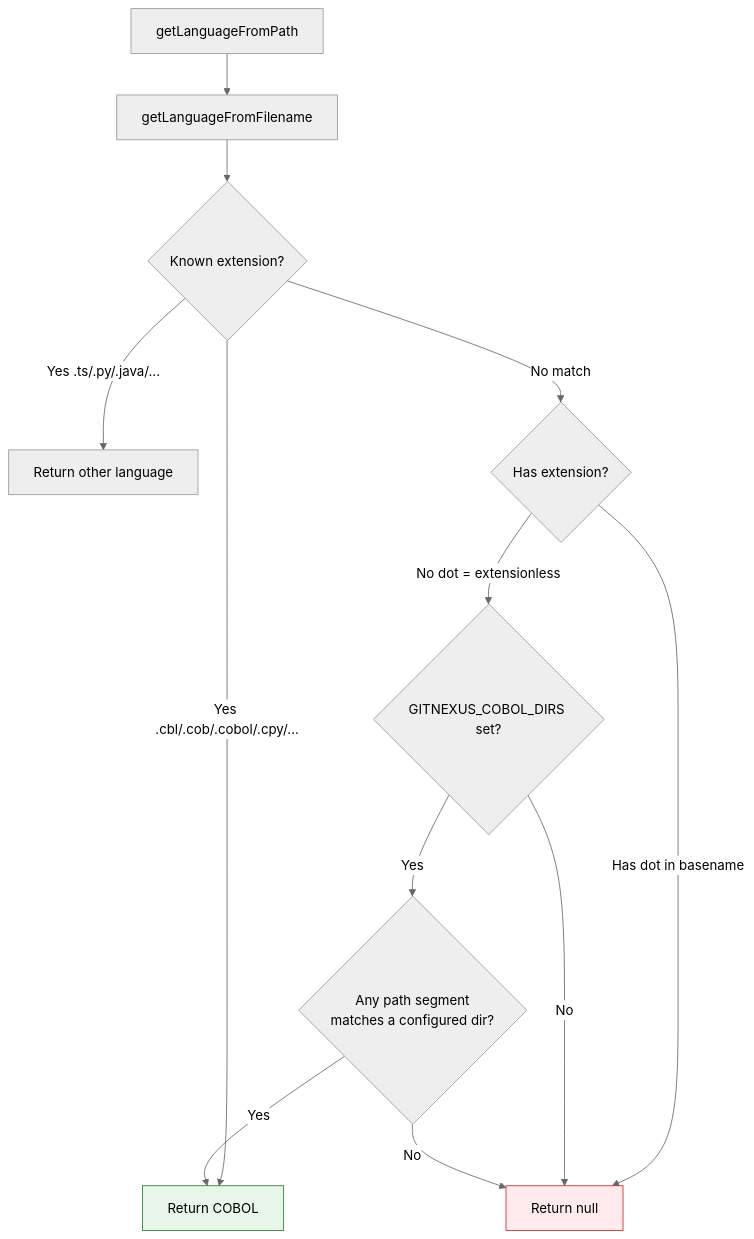
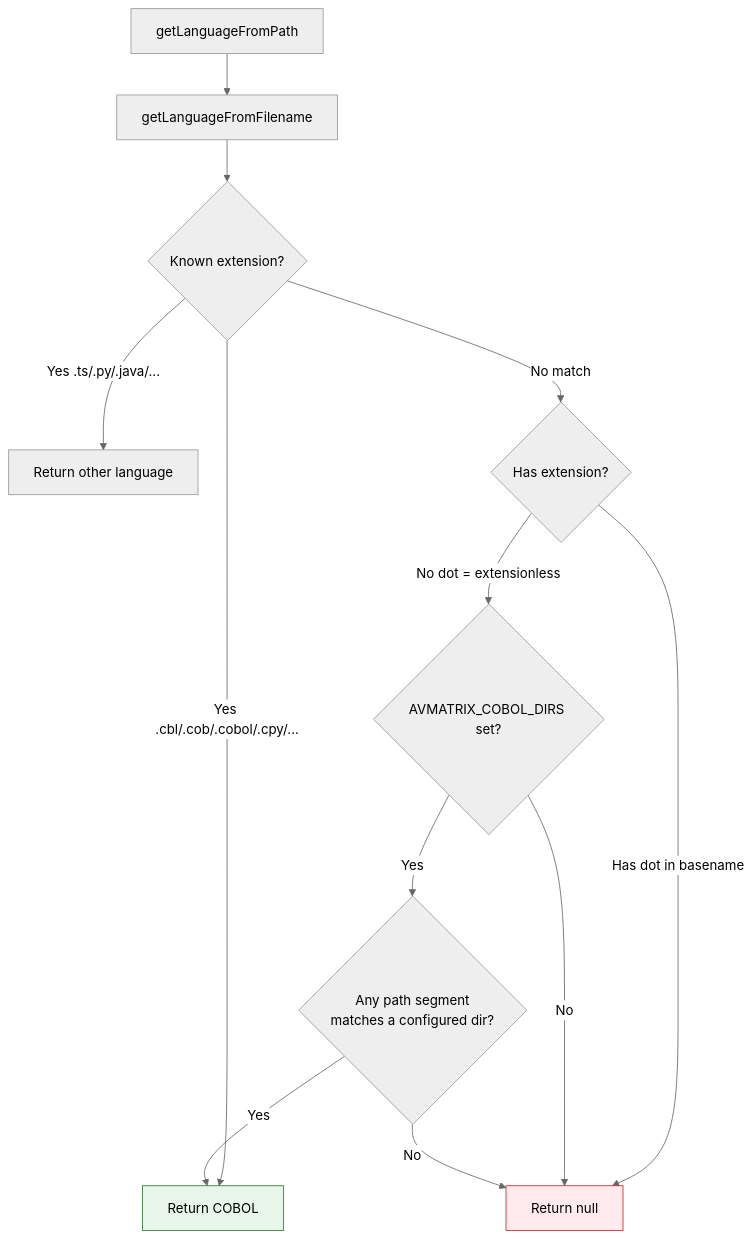
The diagram in docs/code-indexing/cobol/file-detection.md (tamnguyendinh/AVmatrix), drawn with Mermaid (neutral theme) before and after one commit. The commit also changed other lines of this file and 2555 other files, not shown here.

````diff
--- a/docs/code-indexing/cobol/file-detection.md
+++ b/docs/code-indexing/cobol/file-detection.md
@@ -54,20 +54,20 @@
 ```mermaid
 flowchart TD
     A[getLanguageFromPath] --> B[getLanguageFromFilename]
     B --> C{Known extension?}
     C -->|Yes .cbl/.cob/.cobol/.cpy/...| D[Return COBOL]
     C -->|Yes .ts/.py/.java/...| E[Return other language]
     C -->|No match| F{Has extension?}
 
     F -->|"Has dot in basename"| G[Return null]
-    F -->|"No dot = extensionless"| H{GITNEXUS_COBOL_DIRS set?}
+    F -->|"No dot = extensionless"| H{AVMATRIX_COBOL_DIRS set?}
 
     H -->|No| G
     H -->|Yes| I{Any path segment<br/>matches a configured dir?}
 
     I -->|Yes| D
     I -->|No| G
 
     style D fill:#e8f5e9,stroke:#2e7d32
     style G fill:#ffebee,stroke:#c62828
 ```
````
